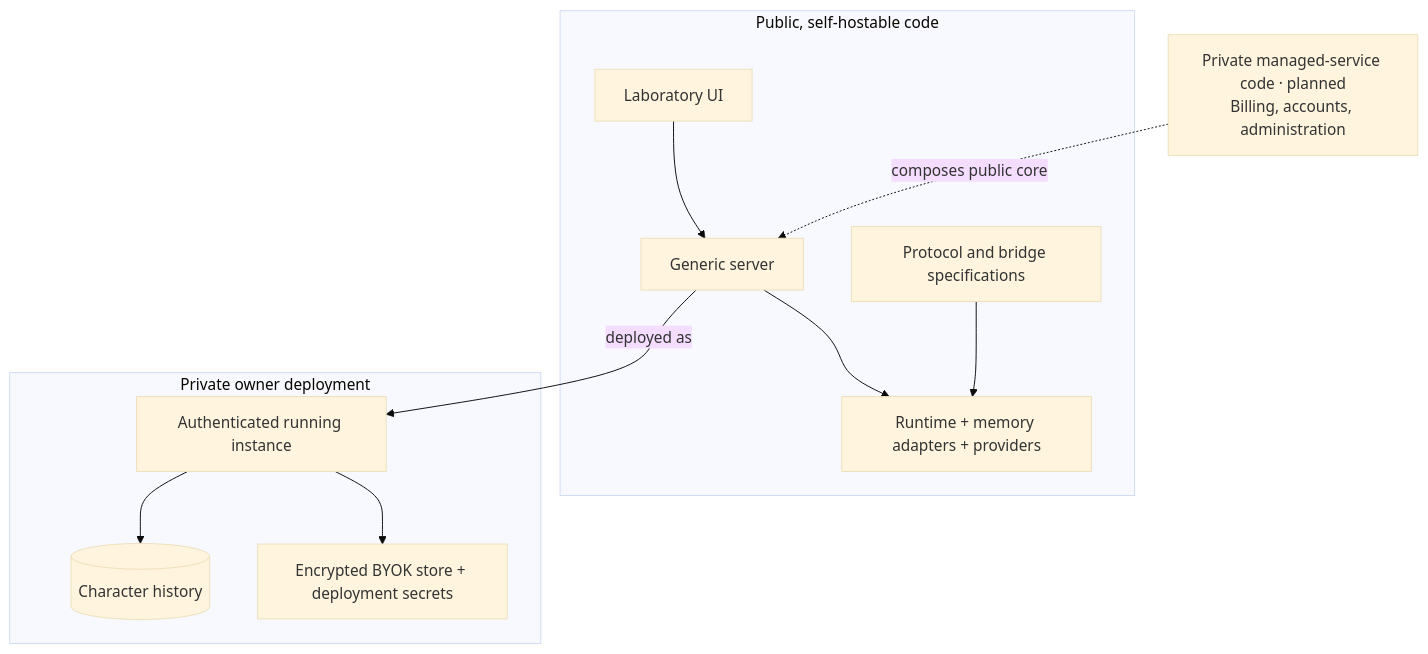
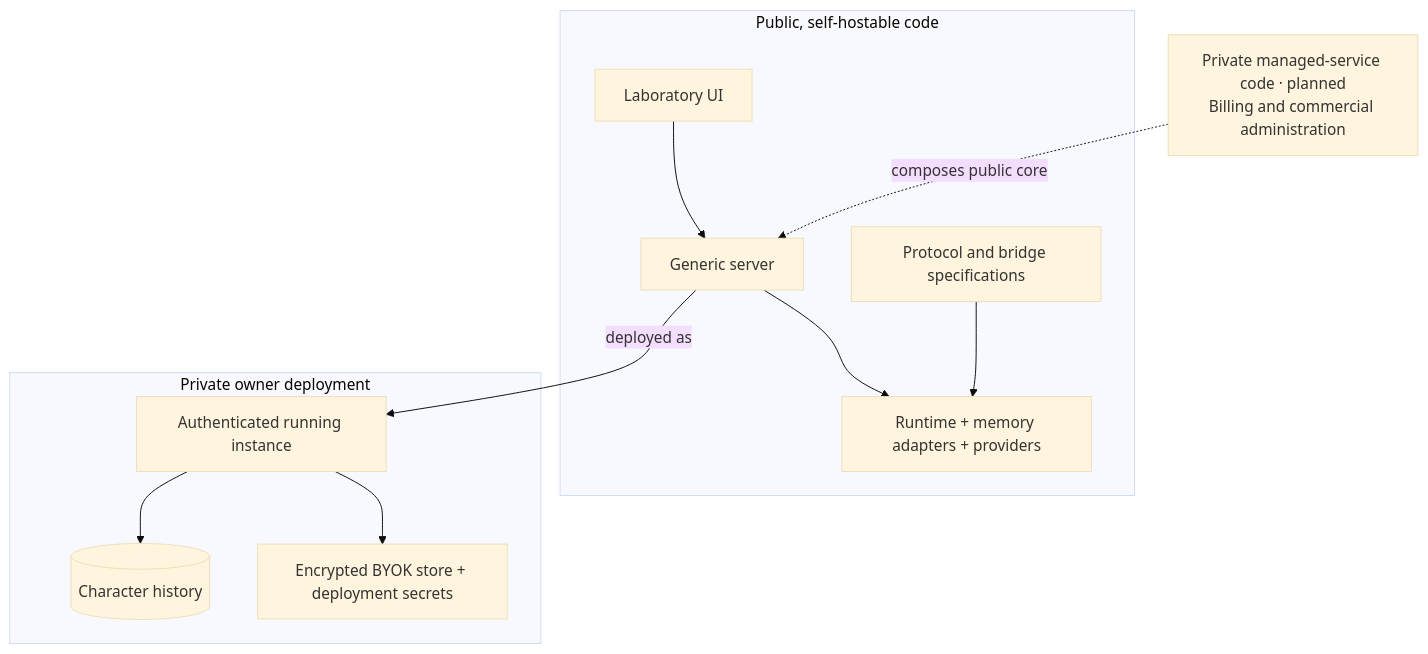
The fourth of 4 diagrams in README.md (openifsoul/core), drawn with Mermaid (base theme) before and after one commit. The commit also changed other lines of this file and 115 other files, not shown here.

````diff
--- a/README.md
+++ b/README.md
@@ -143,15 +145,15 @@
 ```mermaid
 flowchart TB
   subgraph Public["Public, self-hostable code"]
     UI["Laboratory UI"] --> Server["Generic server"]
     Server --> Core["Runtime + memory adapters + providers"]
     Contracts["Protocol and bridge specifications"] --> Core
   end
   subgraph Owner["Private owner deployment"]
     Instance["Authenticated running instance"] --> Data[("Character history")]
     Instance --> Keys["Encrypted BYOK store + deployment secrets"]
   end
   Server -->|"deployed as"| Instance
   Managed["Private managed-service code · planned
-Billing, accounts, administration"] -.->|"composes public core"| Server
+Billing and commercial administration"] -.->|"composes public core"| Server
 ```
````
